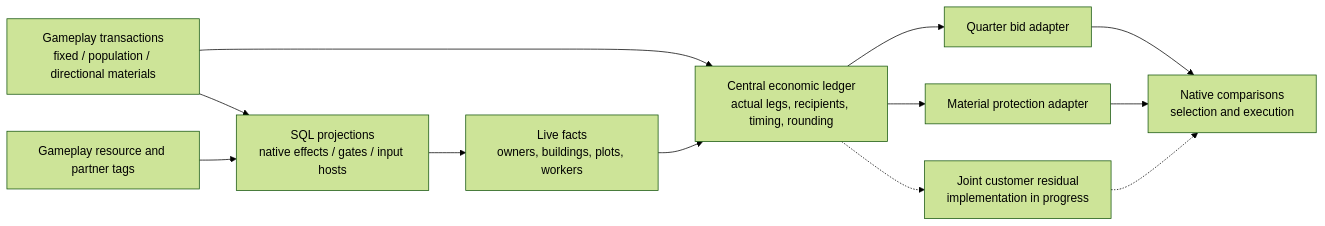
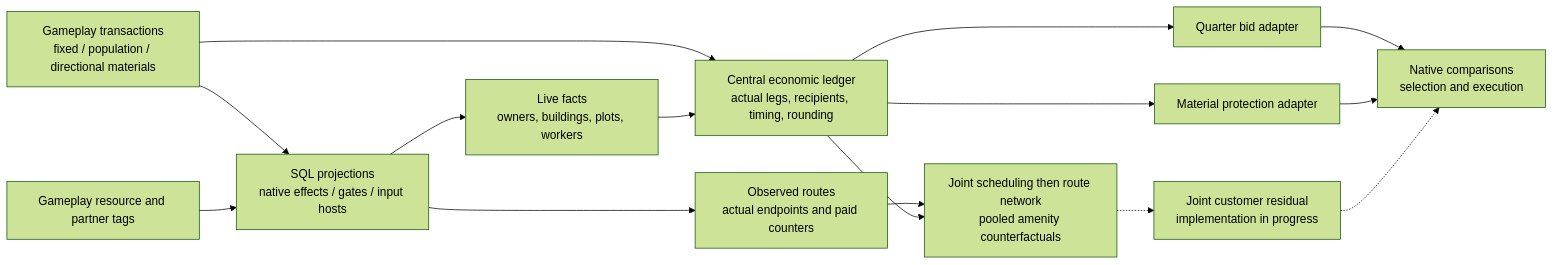
One commit to hennogous/Henno-Mods changed the first of 2 diagrams in project/docs/civ6-ai/architecture.md. Above: the diagram before and after it, drawn with Mermaid (forest theme). The commit also changed other lines of this file and 19 other files, not shown here.

Commit message:
Integrate observed routes with shared investment timing and pooled amenities

````diff
--- a/project/docs/civ6-ai/architecture.md
+++ b/project/docs/civ6-ai/architecture.md
@@ -19,20 +21,25 @@
 ```mermaid
 flowchart LR
     DECL["Gameplay transactions<br/>fixed / population / directional materials"]
     TAG["Gameplay resource and partner tags"]
     GEN["SQL projections<br/>native effects / gates / input hosts"]
     LIVE["Live facts<br/>owners, buildings, plots, workers"]
     MODEL["Central economic ledger<br/>actual legs, recipients, timing, rounding"]
     Q["Quarter bid adapter"]
     P["Material protection adapter"]
     C["Joint customer residual<br/>implementation in progress"]
+    R["Observed routes<br/>actual endpoints and paid counters"]
+    T["Joint scheduling then route network<br/>pooled amenity counterfactuals"]
     N["Native comparisons<br/>selection and execution"]
     DECL --> GEN
     TAG --> GEN
     GEN --> LIVE
     DECL --> MODEL
     LIVE --> MODEL
     MODEL --> Q --> N
     MODEL --> P --> N
-    MODEL -.-> C -.-> N
+    GEN --> R
+    R --> T
+    MODEL --> T
+    T -.-> C -.-> N
 ```
````
